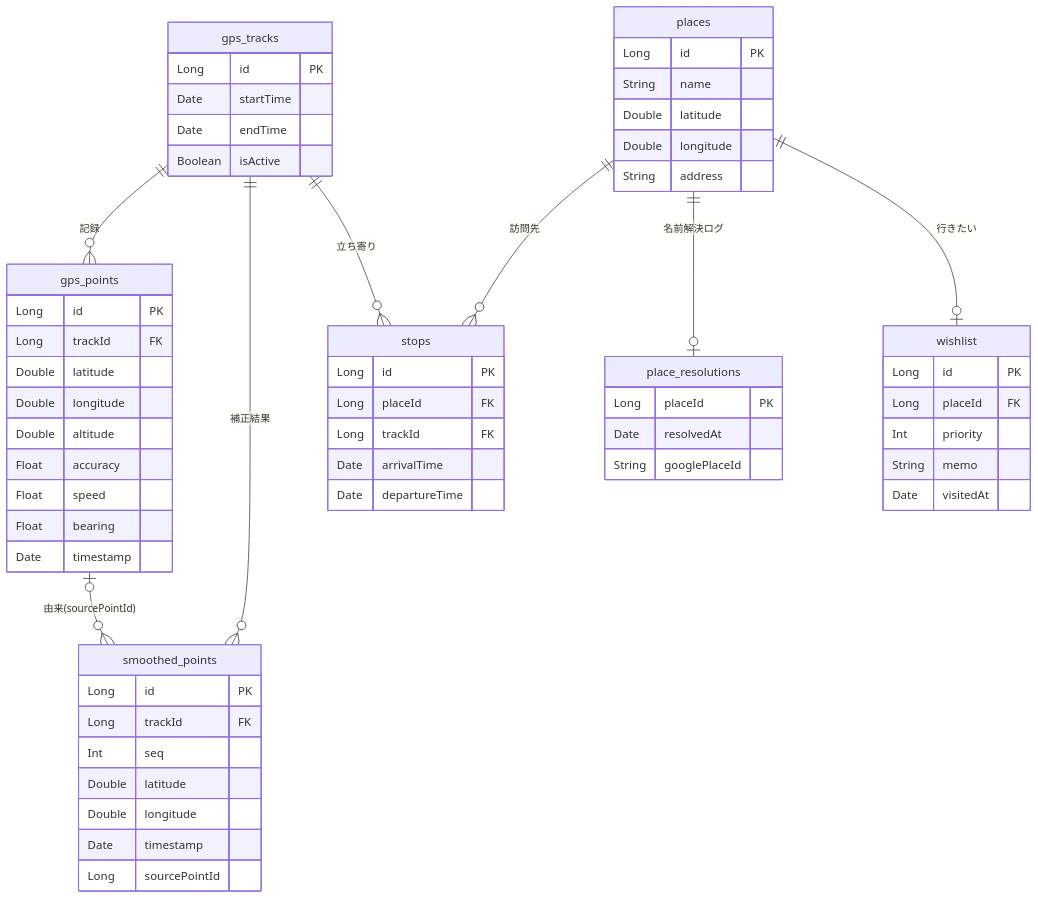
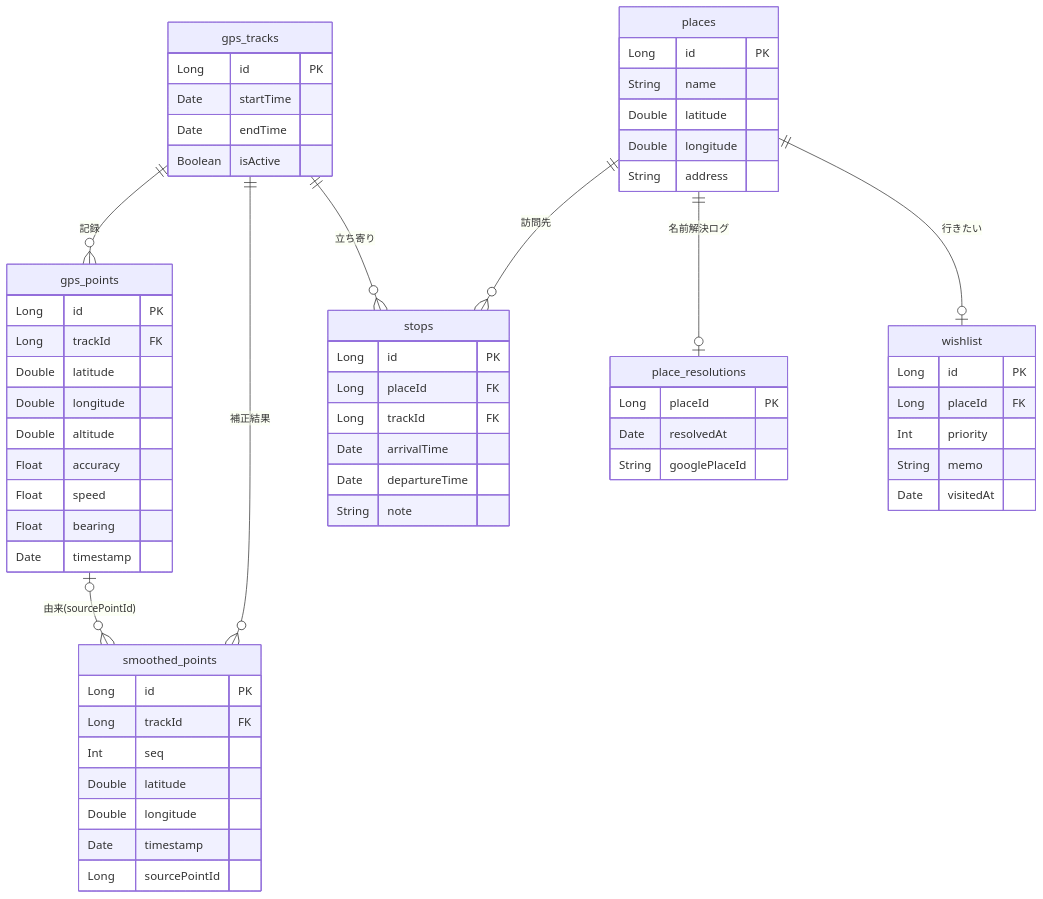
Before and after one commit to y-nosuke/pathly: the diagram in docs/specs/model.md, drawn with Mermaid. The commit also changed other lines of this file and 3 other files, not shown here.

````diff
--- a/docs/specs/model.md
+++ b/docs/specs/model.md
@@ -22,63 +23,64 @@
 ```mermaid
 erDiagram
   gps_tracks ||--o{ gps_points : "記録"
   gps_tracks ||--o{ smoothed_points : "補正結果"
   gps_tracks ||--o{ stops : "立ち寄り"
   places ||--o{ stops : "訪問先"
   places ||--o| place_resolutions : "名前解決ログ"
   places ||--o| wishlist : "行きたい"
   gps_points |o--o{ smoothed_points : "由来(sourcePointId)"
 
   gps_tracks {
     Long id PK
     Date startTime
     Date endTime
     Boolean isActive
   }
   gps_points {
     Long id PK
     Long trackId FK
     Double latitude
     Double longitude
     Double altitude
     Float accuracy
     Float speed
     Float bearing
     Date timestamp
   }
   smoothed_points {
     Long id PK
     Long trackId FK
     Int seq
     Double latitude
     Double longitude
     Date timestamp
     Long sourcePointId
   }
   places {
     Long id PK
     String name
     Double latitude
     Double longitude
     String address
   }
   stops {
     Long id PK
     Long placeId FK
     Long trackId FK
     Date arrivalTime
     Date departureTime
+    String note
   }
   place_resolutions {
     Long placeId PK
     Date resolvedAt
     String googlePlaceId
   }
   wishlist {
     Long id PK
     Long placeId FK
     Int priority
     String memo
     Date visitedAt
   }
 ```
````
